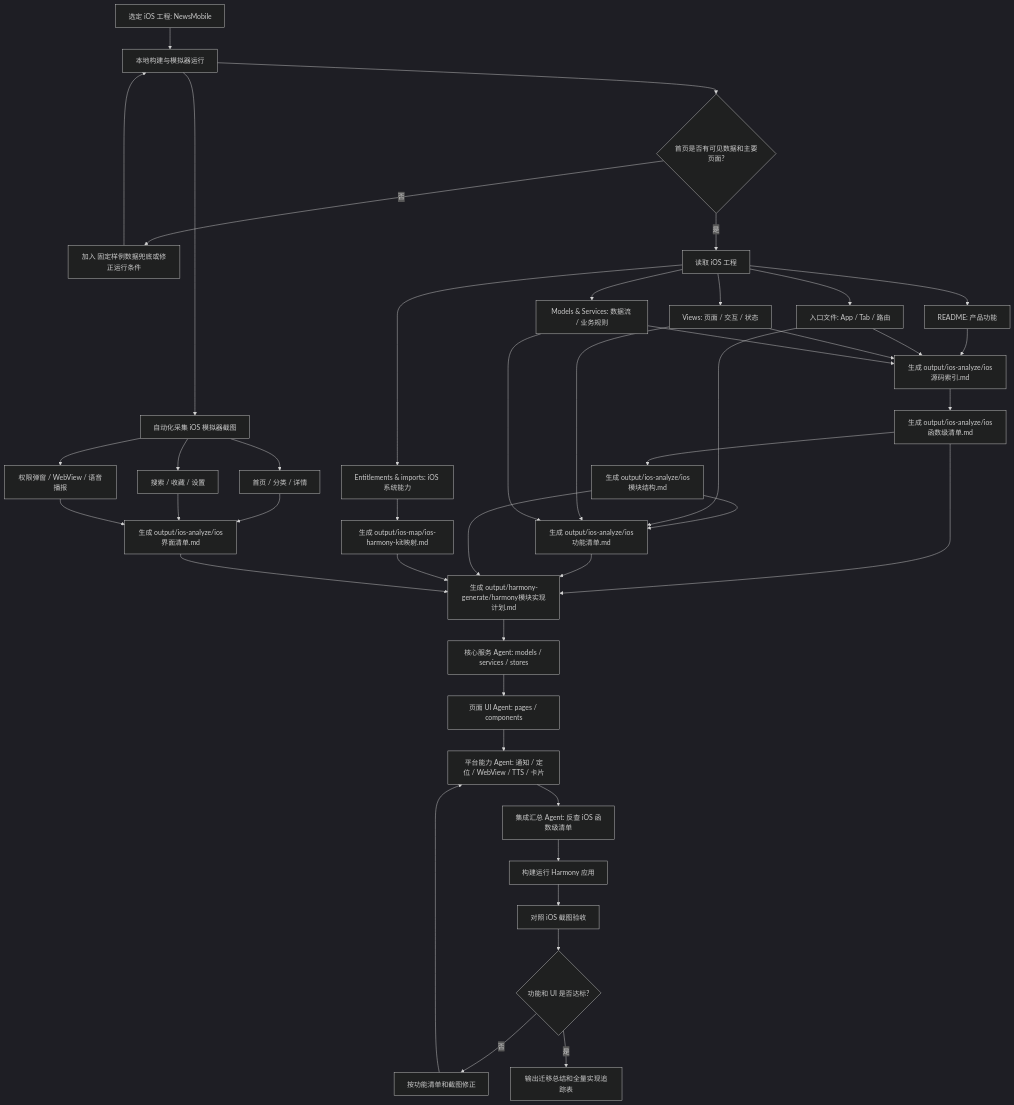
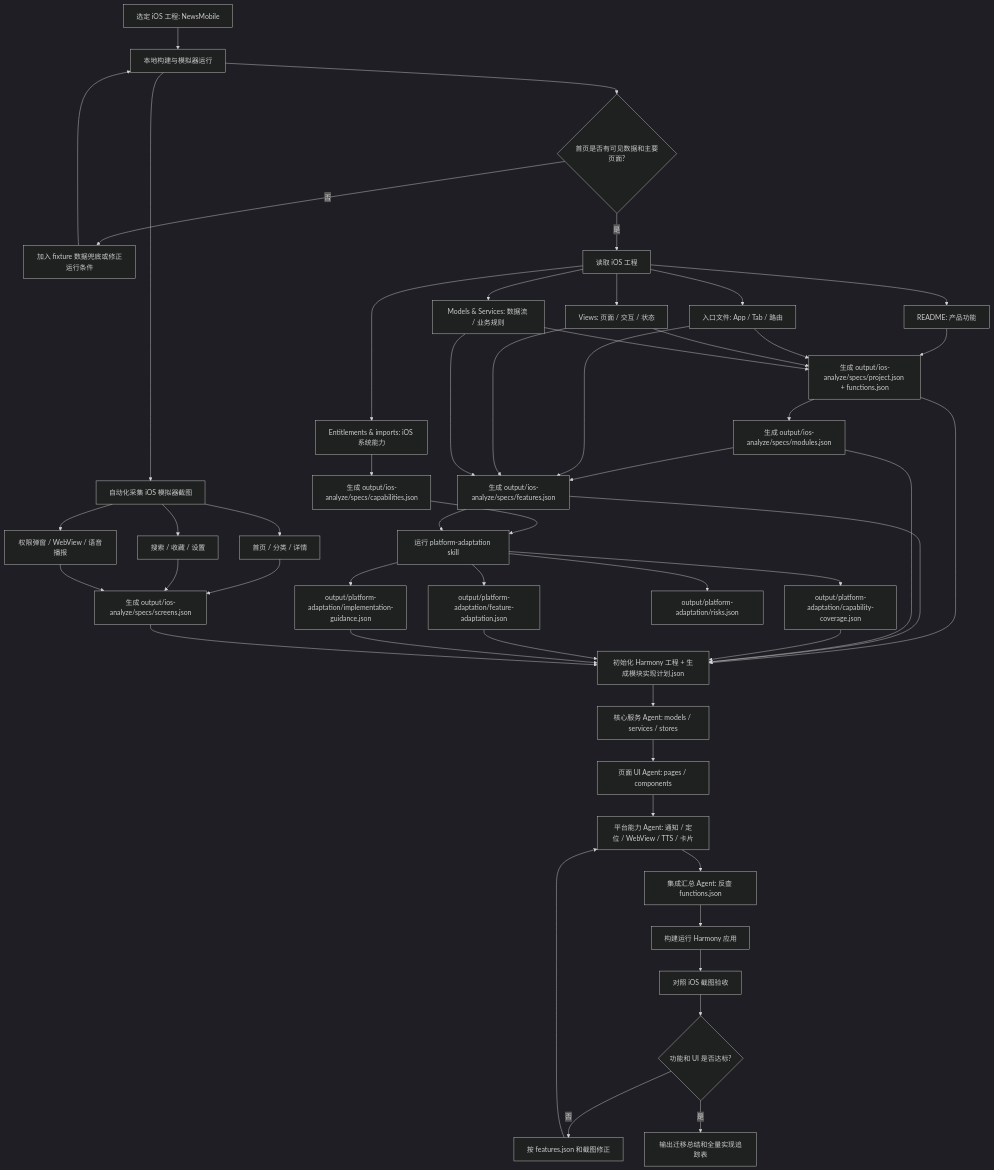
Before and after one commit to ilubuntu/appconvert: the first of 2 diagrams in 方案/方案.md, drawn with Mermaid (dark theme). The commit also changed other lines of this file and 53 other files, not shown here.

````diff
--- a/方案/方案.md
+++ b/方案/方案.md
@@ -47,55 +47,62 @@
 ```mermaid
 flowchart TD
     A[选定 iOS 工程: NewsMobile] --> B[本地构建与模拟器运行]
     B --> C{首页是否有可见数据和主要页面?}
 
-    C -- 否 --> C1[加入 固定样例数据兜底或修正运行条件]
+    C -- 否 --> C1[加入 fixture 数据兜底或修正运行条件]
     C1 --> B
 
     C -- 是 --> D[读取 iOS 工程]
     D --> D1[README: 产品功能]
     D --> D2[入口文件: App / Tab / 路由]
     D --> D3[Views: 页面 / 交互 / 状态]
     D --> D4[Models & Services: 数据流 / 业务规则]
     D --> D5[Entitlements & imports: iOS 系统能力]
 
-    D1 --> ES[生成 output/ios-analyze/ios源码索引.md]
+    D1 --> ES[生成 output/ios-analyze/specs/project.json + functions.json]
     D2 --> ES
     D3 --> ES
     D4 --> ES
-    ES --> EF[生成 output/ios-analyze/ios函数级清单.md]
-    EF --> E0[生成 output/ios-analyze/ios模块结构.md]
-    E0 --> E[生成 output/ios-analyze/ios功能清单.md]
+    ES --> E0[生成 output/ios-analyze/specs/modules.json]
+    E0 --> E[生成 output/ios-analyze/specs/features.json]
     D2 --> E
     D3 --> E
     D4 --> E
-    D5 --> F[生成 output/ios-map/ios-harmony-kit映射.md]
+    D5 --> F0[生成 output/ios-analyze/specs/capabilities.json]
+    F0 --> F[运行 platform-adaptation skill]
+    E --> F
+    F --> F1[output/platform-adaptation/capability-coverage.json]
+    F --> F2[output/platform-adaptation/feature-adaptation.json]
+    F --> F3[output/platform-adaptation/implementation-guidance.json]
+    F --> F4[output/platform-adaptation/risks.json]
 
     B --> G[自动化采集 iOS 模拟器截图]
     G --> G1[首页 / 分类 / 详情]
     G --> G2[搜索 / 收藏 / 设置]
     G --> G3[权限弹窗 / WebView / 语音播报]
-    G1 --> H[生成 output/ios-analyze/ios界面清单.md]
+    G1 --> H[生成 output/ios-analyze/specs/screens.json]
     G2 --> H
     G3 --> H
 
-    EF --> I[生成 output/harmony-generate/harmony模块实现计划.md]
+    ES --> I[初始化 Harmony 工程 + 生成模块实现计划.json]
     E --> I
     E0 --> I
-    F --> I
+    F1 --> I
+    F2 --> I
+    F3 --> I
     H --> I
 
     I --> J[核心服务 Agent: models / services / stores]
     J --> K[页面 UI Agent: pages / components]
     K --> L[平台能力 Agent: 通知 / 定位 / WebView / TTS / 卡片]
-    L --> M[集成汇总 Agent: 反查 iOS 函数级清单]
+    L --> M[集成汇总 Agent: 反查 functions.json]
     M --> N[构建运行 Harmony 应用]
 
     N --> O[对照 iOS 截图验收]
     O --> P{功能和 UI 是否达标?}
 
-    P -- 否 --> Q[按功能清单和截图修正]
+    P -- 否 --> Q[按 features.json 和截图修正]
     Q --> L
 
     P -- 是 --> R[输出迁移总结和全量实现追踪表]
 ```
````
